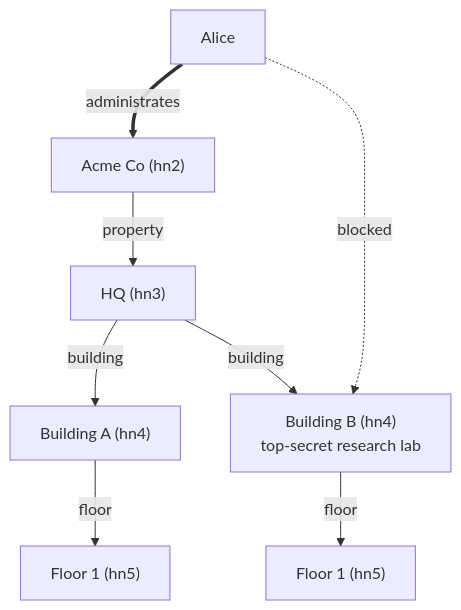
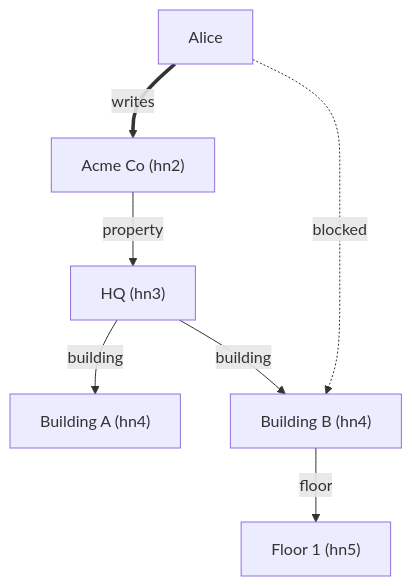
Before and after one commit to surt666/ems_rust: the diagram in docs/architecture.md, drawn with Mermaid. The commit also changed other lines of this file and 7 other files, not shown here.

````diff
--- a/docs/architecture.md
+++ b/docs/architecture.md
@@ -431,11 +337,10 @@
 ```mermaid
 graph TD
   C["Acme Co (hn2)"] -->|property| HQ["HQ (hn3)"]
   HQ -->|building| B1["Building A (hn4)"]
-  HQ -->|building| B2["Building B (hn4)<br/>top-secret research lab"]
-  B1 -->|floor| F1["Floor 1 (hn5)"]
+  HQ -->|building| B2["Building B (hn4)"]
   B2 -->|floor| F2["Floor 1 (hn5)"]
 
-  U["Alice"] ==>|administrates| C
+  U["Alice"] ==>|writes| C
   U -.->|blocked| B2
 ```
````
